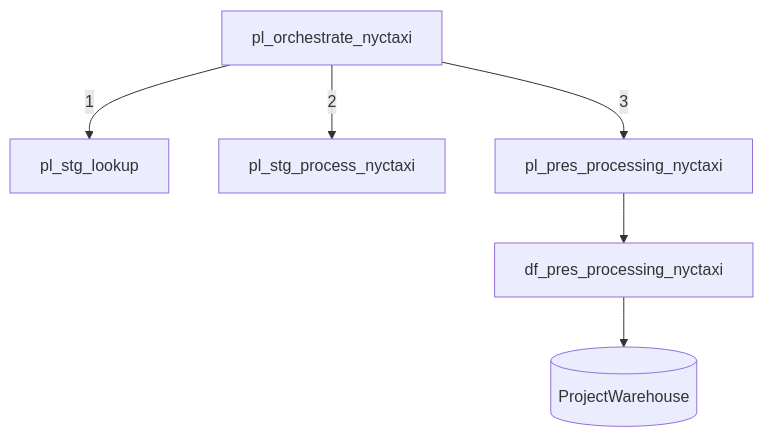
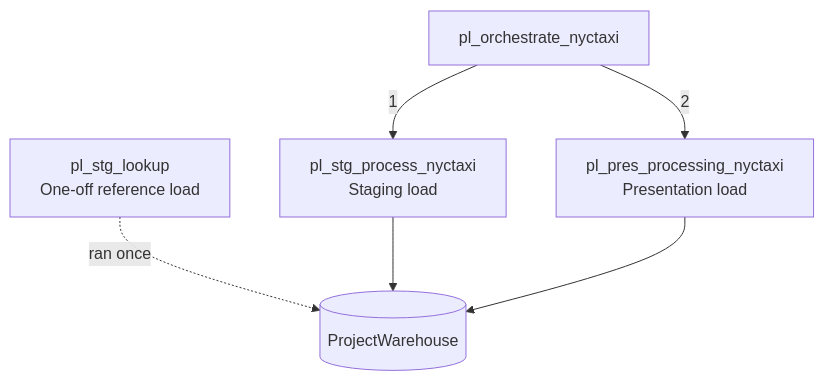
One commit to glcapitan/microsoft-fabric-nyc-taxi-analytics changed the first of 2 diagrams in docs/pipeline-architecture.md. Above: the diagram before and after it, drawn with Mermaid. The commit also changed other lines of this file, not shown here.

````diff
--- a/docs/pipeline-architecture.md
+++ b/docs/pipeline-architecture.md
@@ -11,8 +11,8 @@
 ```mermaid
 flowchart TD
-    M[pl_orchestrate_nyctaxi] -->|1| P1[pl_stg_lookup]
-    M -->|2| P2[pl_stg_process_nyctaxi]
-    M -->|3| P3[pl_pres_processing_nyctaxi]
-    P3 --> DF[df_pres_processing_nyctaxi]
-    DF --> W[(ProjectWarehouse)]
+    M[pl_orchestrate_nyctaxi] -->|1| S[pl_stg_process_nyctaxi<br/>Staging load]
+    M -->|2| P[pl_pres_processing_nyctaxi<br/>Presentation load]
+    L[pl_stg_lookup<br/>One-off reference load] -.->|ran once| W[(ProjectWarehouse)]
+    S --> W
+    P --> W
 ```
````
